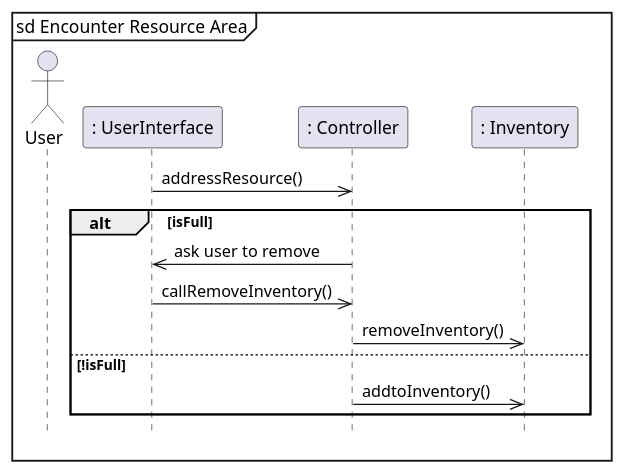
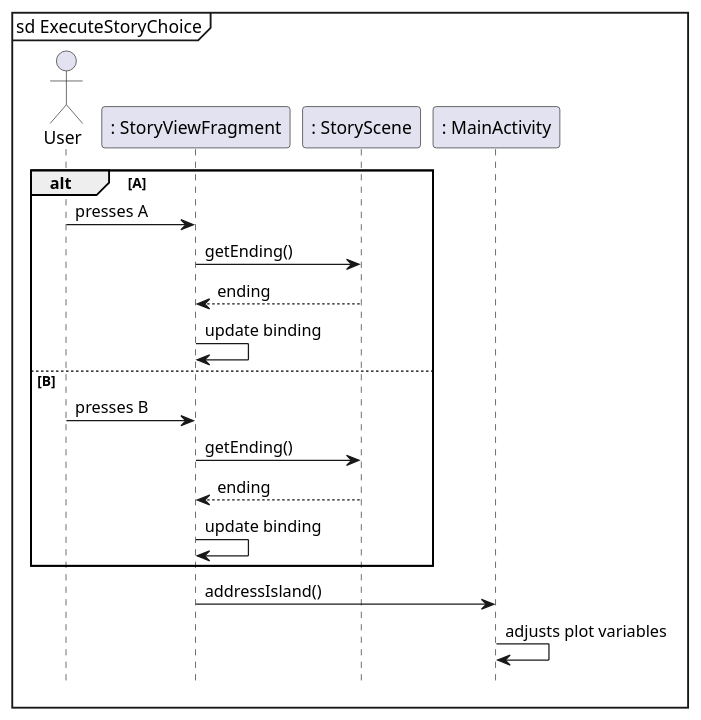
One commit to emutchek/MaraudersAtSea changed the ninth of 12 diagrams in CMPU_203_MAS/intellij/doc/design.md. Above: the diagram before and after it, drawn with PlantUML. The commit also changed other lines of this file, not shown here.

Commit message:
updated sequence diagrams

````diff
--- a/CMPU_203_MAS/intellij/doc/design.md
+++ b/CMPU_203_MAS/intellij/doc/design.md
@@ -181,20 +284,23 @@
 ```PlantUML
 @startuml
-mainframe sd Encounter Resource Area
+mainframe sd ExecuteStoryChoice
 hide footbox
 actor User as user
-participant ": UserInterface" as UI
-participant ": Controller" as controller
-participant ": Inventory" as inv
-UI ->> controller : addressResource()
-alt isFull
-controller ->> UI : ask user to remove
-UI ->> controller : callRemoveInventory()
-controller ->> inv : removeInventory()
-else !isFull
-controller ->> inv : addtoInventory()
-
+participant ": StoryViewFragment" as svf
+participant ": StoryScene" as ss
+participant ": MainActivity" as ma
+alt A
+user -> svf : presses A
+svf -> ss : getEnding()
+svf <-- ss : ending
+svf -> svf : update binding
+else B
+user -> svf : presses B
+svf -> ss : getEnding()
+svf <-- ss : ending
+svf -> svf : update binding
 end
-
+svf -> ma : addressIsland()
+ma -> ma : adjusts plot variables
 @enduml
 ```
````
